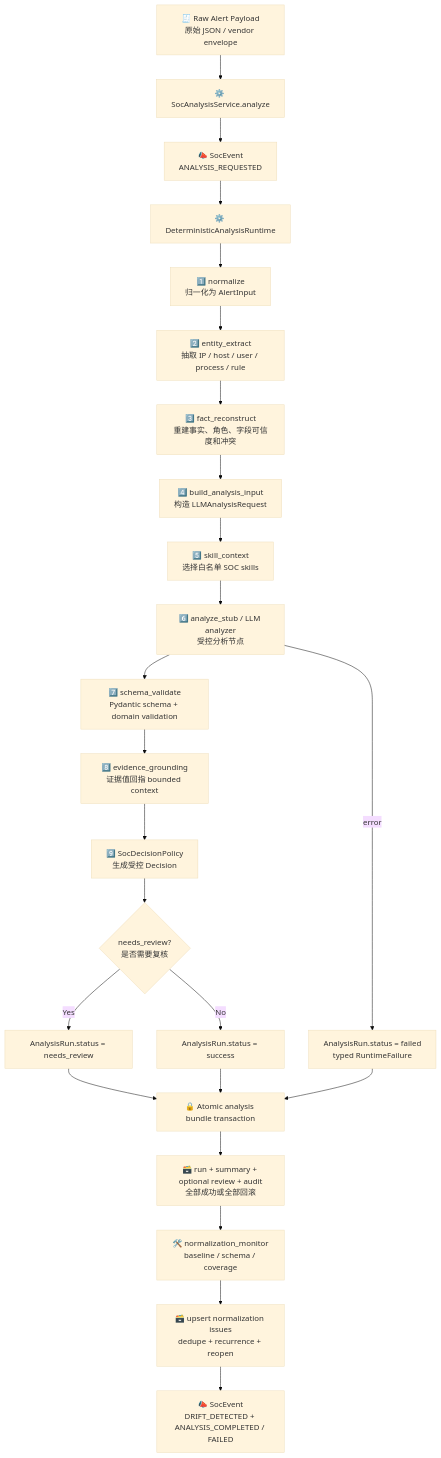
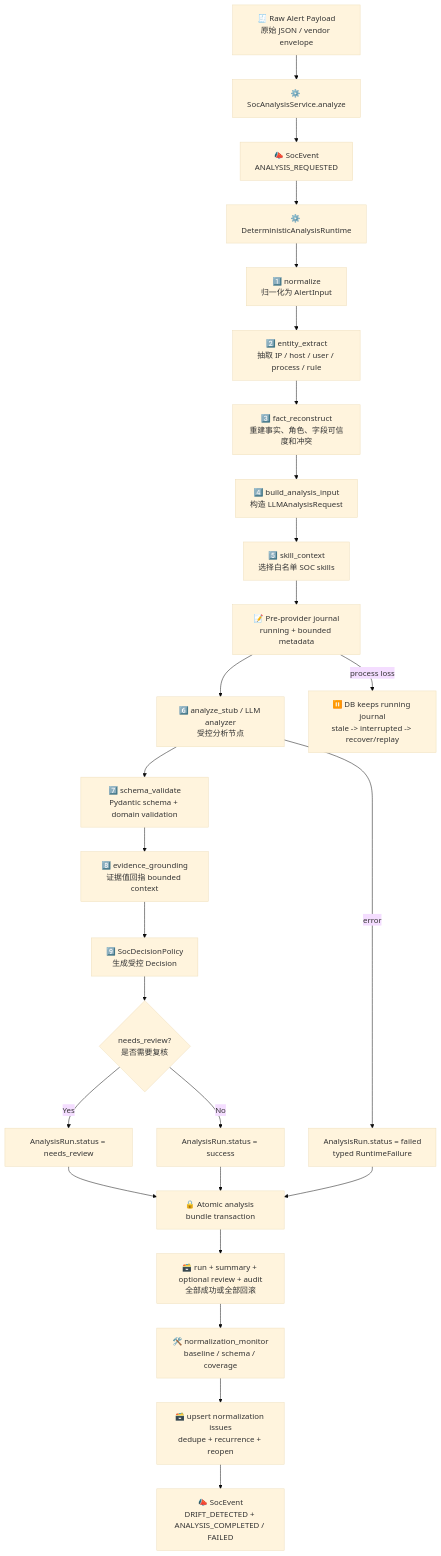
One commit to yydspanda/deer-flow changed the third of 20 diagrams in .notes/ai_soc/alert-lifecycle-flow.md. Above: the diagram before and after it, drawn with Mermaid (base theme). The commit also changed other lines of this file and 24 other files, not shown here.

Commit message:
feat(soc): journal and recover analysis calls

````diff
--- a/.notes/ai_soc/alert-lifecycle-flow.md
+++ b/.notes/ai_soc/alert-lifecycle-flow.md
@@ -164,29 +164,31 @@
 ```mermaid
 flowchart TD
     A["🧾 Raw Alert Payload<br/>原始 JSON / vendor envelope"] --> B["⚙️ SocAnalysisService.analyze"]
     B --> C["📣 SocEvent<br/>ANALYSIS_REQUESTED"]
     C --> D["⚙️ DeterministicAnalysisRuntime"]
 
     D --> E["1️⃣ normalize<br/>归一化为 AlertInput"]
     E --> F["2️⃣ entity_extract<br/>抽取 IP / host / user / process / rule"]
     F --> G["3️⃣ fact_reconstruct<br/>重建事实、角色、字段可信度和冲突"]
     G --> H["4️⃣ build_analysis_input<br/>构造 LLMAnalysisRequest"]
     H --> I["5️⃣ skill_context<br/>选择白名单 SOC skills"]
-    I --> J["6️⃣ analyze_stub / LLM analyzer<br/>受控分析节点"]
+    I --> PJ["📝 Pre-provider journal<br/>running + bounded metadata"]
+    PJ --> J["6️⃣ analyze_stub / LLM analyzer<br/>受控分析节点"]
     J --> K["7️⃣ schema_validate<br/>Pydantic schema + domain validation"]
     K --> L["8️⃣ evidence_grounding<br/>证据值回指 bounded context"]
     L --> M["9️⃣ SocDecisionPolicy<br/>生成受控 Decision"]
 
     M --> N{"needs_review?<br/>是否需要复核"}
     N -->|Yes| O["AnalysisRun.status = needs_review"]
     N -->|No| P["AnalysisRun.status = success"]
     J -->|error| Q["AnalysisRun.status = failed<br/>typed RuntimeFailure"]
+    PJ -->|process loss| X["⏸️ DB keeps running journal<br/>stale -> interrupted -> recover/replay"]
 
     O --> R["🔒 Atomic analysis bundle transaction"]
     P --> R
     Q --> R
     R --> S["🗃️ run + summary + optional review + audit<br/>全部成功或全部回滚"]
     S --> T["🛠️ normalization_monitor<br/>baseline / schema / coverage"]
     T --> U["🗃️ upsert normalization issues<br/>dedupe + recurrence + reopen"]
     U --> V["📣 SocEvent<br/>DRIFT_DETECTED + ANALYSIS_COMPLETED / FAILED"]
 ```
````
